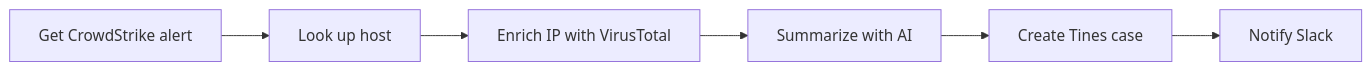
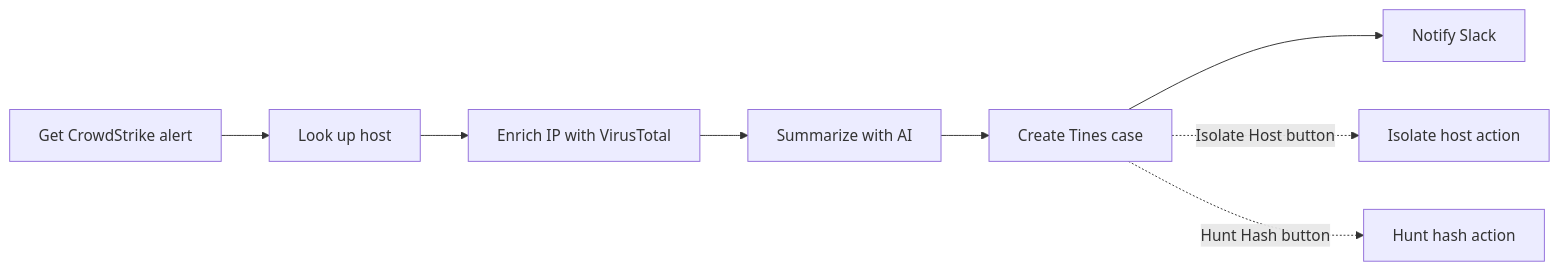
One commit to trv95/3b-tyler-space changed the diagram in CrowdStrike alert to Tines case with enrichment/README.md. Above: the diagram before and after it, drawn with Mermaid. The commit also changed other lines of this file and 13 other files, not shown here.

````diff
--- a/CrowdStrike alert to Tines case with enrichment/README.md
+++ b/CrowdStrike alert to Tines case with enrichment/README.md
@@ -7,8 +9,10 @@
 ```mermaid
 graph LR
   A[Get CrowdStrike alert] --> B[Look up host]
   B --> C[Enrich IP with VirusTotal]
   C --> D[Summarize with AI]
   D --> E[Create Tines case]
   E --> F[Notify Slack]
+  E -. Isolate Host button .-> G[Isolate host action]
+  E -. Hunt Hash button .-> H[Hunt hash action]
 ```
````
